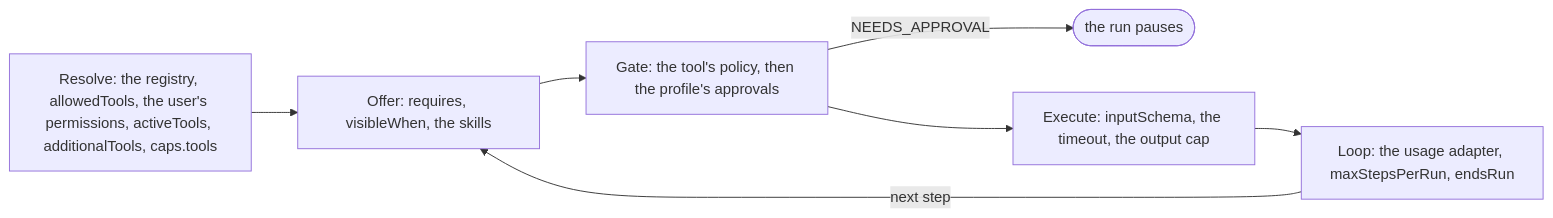
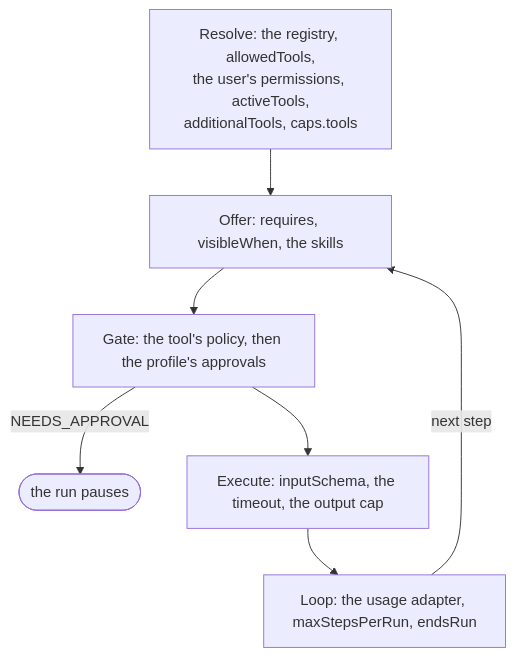
One commit to aneldev/dyna-ai-gateway changed the diagram in docs/24-learning-paths/020-let-the-model-act.md. Above: the diagram before and after it, drawn with Mermaid.

Commit message:
DAIG-40113 doc: Let the model act — the diagram of a tool call runs top-down
The five layers of a tool call were drawn left to right and did not fit the page width. The flowchart now runs top-down (`flowchart TD`), and the long "Resolve" label is broken into three lines; nodes and edges are unchanged.

`pnpm docs:build`: success, 26 Mermaid diagrams parse.

````diff
--- a/docs/24-learning-paths/020-let-the-model-act.md
+++ b/docs/24-learning-paths/020-let-the-model-act.md
@@ -45,9 +45,9 @@
 ```mermaid
-flowchart LR
-  R["Resolve: the registry, allowedTools, the user's permissions, activeTools, additionalTools, caps.tools"] --> O["Offer: requires, visibleWhen, the skills"]
+flowchart TD
+  R["Resolve: the registry, allowedTools,<br/>the user's permissions, activeTools,<br/>additionalTools, caps.tools"] --> O["Offer: requires, visibleWhen, the skills"]
   O --> G["Gate: the tool's policy, then the profile's approvals"]
   G -->|NEEDS_APPROVAL| P(["the run pauses"])
   G --> E["Execute: inputSchema, the timeout, the output cap"]
   E --> L["Loop: the usage adapter, maxStepsPerRun, endsRun"]
   L -->|next step| O
 ```
````
